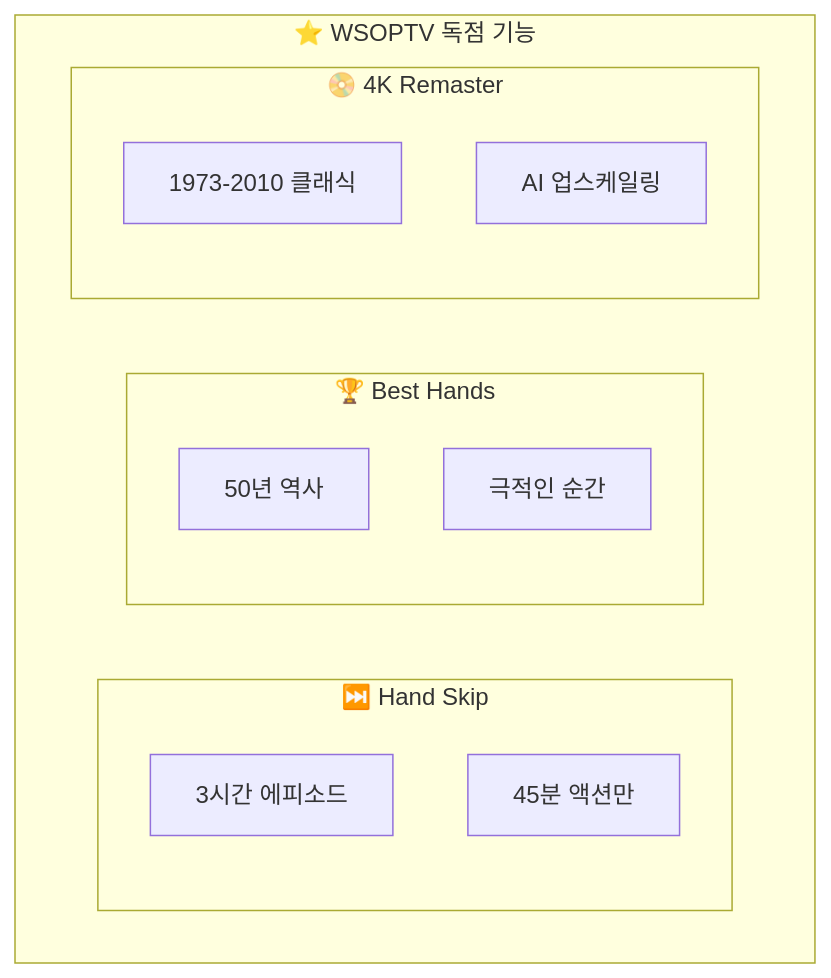
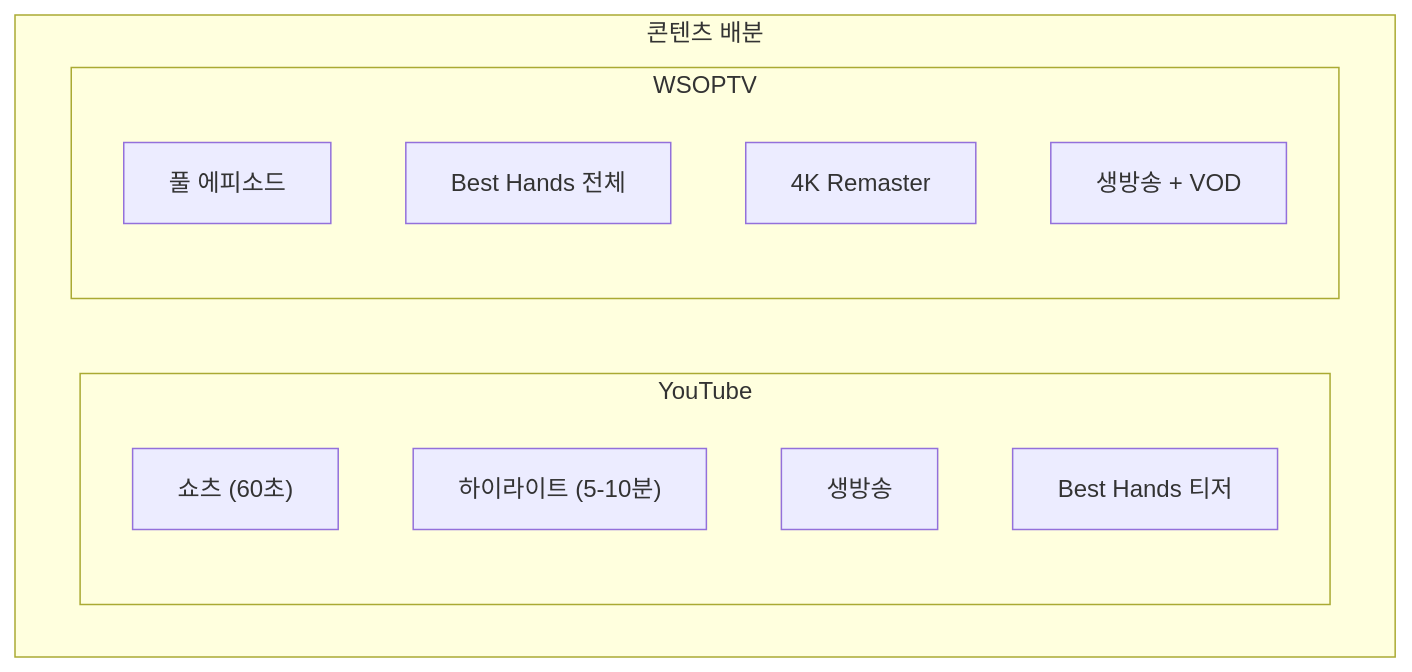
One commit to garimto81/wsoptv_v2 changed the second of 9 diagrams in tasks/prds/0010-prd-wsoptv/03-content-strategy.md. Above: the diagram before and after it, drawn with Mermaid. The commit also changed other lines of this file and 27 other files, not shown here.

````diff
--- a/tasks/prds/0010-prd-wsoptv/03-content-strategy.md
+++ b/tasks/prds/0010-prd-wsoptv/03-content-strategy.md
@@ -265,21 +49,20 @@
 ```mermaid
 flowchart TB
-    subgraph FEATURES["⭐ WSOPTV 독점 기능"]
+    subgraph CONTENT["콘텐츠 배분"]
         direction LR
 
-        subgraph HS["⏭️ Hand Skip"]
-            HS1["3시간 에피소드"]
-            HS2["45분 액션만"]
+        subgraph YT["YouTube"]
+            Y1["쇼츠 (60초)"]
+            Y2["하이라이트 (5-10분)"]
+            Y3["생방송"]
+            Y4["Best Hands 티저"]
         end
 
-        subgraph BH["🏆 Best Hands"]
-            BH1["50년 역사"]
-            BH2["극적인 순간"]
-        end
-
-        subgraph REM["📀 4K Remaster"]
-            REM1["1973-2010 클래식"]
-            REM2["AI 업스케일링"]
+        subgraph WS["WSOPTV"]
+            W1["풀 에피소드"]
+            W2["Best Hands 전체"]
+            W3["4K Remaster"]
+            W4["생방송 + VOD"]
         end
     end
 ```
````
